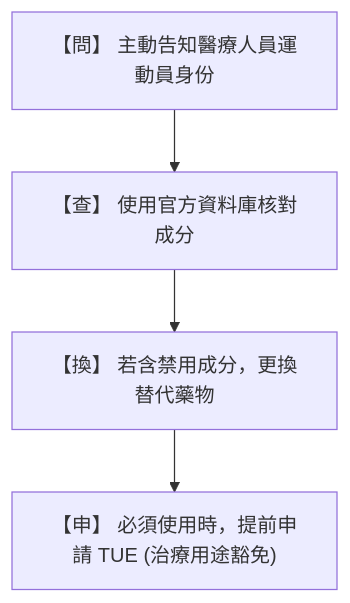
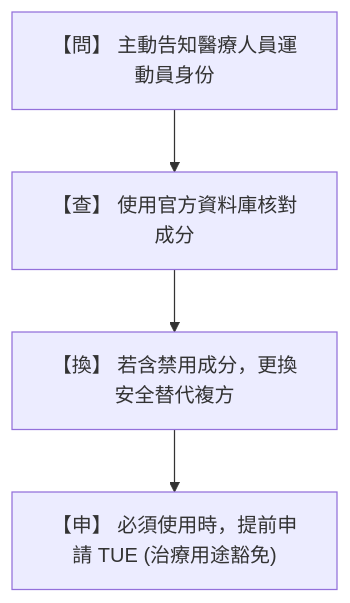
Before and after one commit to winfred0505/sports-doping-herbs-guide: the diagram in 運動員中藥使用與運動禁藥風險防範指南.md, drawn with Mermaid. The commit also changed other lines of this file and 2 other files, not shown here.

````diff
--- a/運動員中藥使用與運動禁藥風險防範指南.md
+++ b/運動員中藥使用與運動禁藥風險防範指南.md
@@ -123,6 +162,6 @@
 ```mermaid
 graph TD
     A["【問】 主動告知醫療人員運動員身份"] --> B["【查】 使用官方資料庫核對成分"]
-    B --> C["【換】 若含禁用成分，更換替代藥物"]
+    B --> C["【換】 若含禁用成分，更換安全替代複方"]
     C --> D["【申】 必須使用時，提前申請 TUE (治療用途豁免)"]
 ```
````
